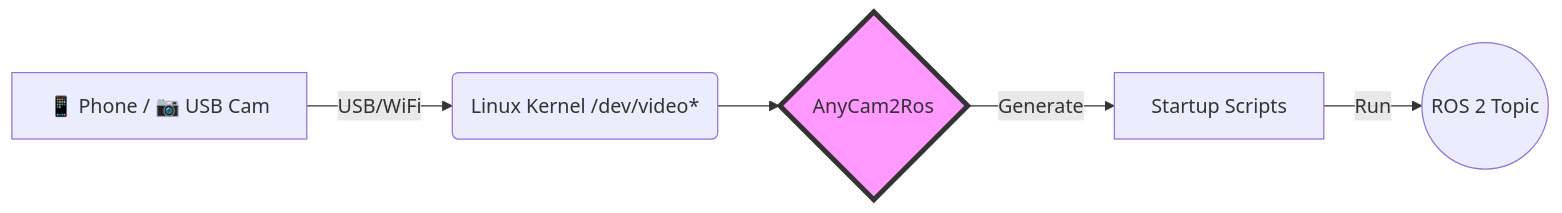
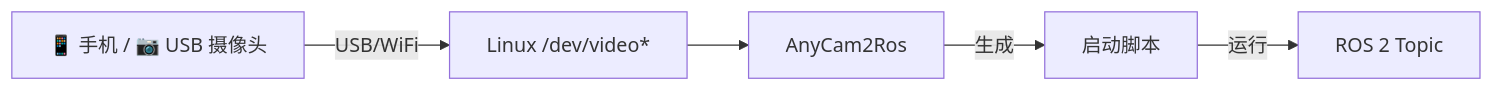
The diagram in README_zh.md (ly-geming/AnyCam2Ros), drawn with Mermaid before and after one commit. The commit also changed 1 other file, not shown here.

Commit message:
fix: simplify Mermaid diagram style

````diff
--- a/README_zh.md
+++ b/README_zh.md
@@ -38,8 +38,7 @@
 ```mermaid
 graph LR
-    A[📱 Phone / 📷 USB Cam] -->|USB/WiFi| B(Linux Kernel /dev/video*)
-    B --> C{AnyCam2Ros}
-    C -->|Generate| D[Startup Scripts]
-    D -->|Run| E((ROS 2 Topic))
-    style C fill:#f9f,stroke:#333,stroke-width:4px
+    A[📱 手机 / 📷 USB 摄像头] -->|USB/WiFi| B[Linux /dev/video*]
+    B --> C[AnyCam2Ros]
+    C -->|生成| D[启动脚本]
+    D -->|运行| E[ROS 2 Topic]
 ```
````
